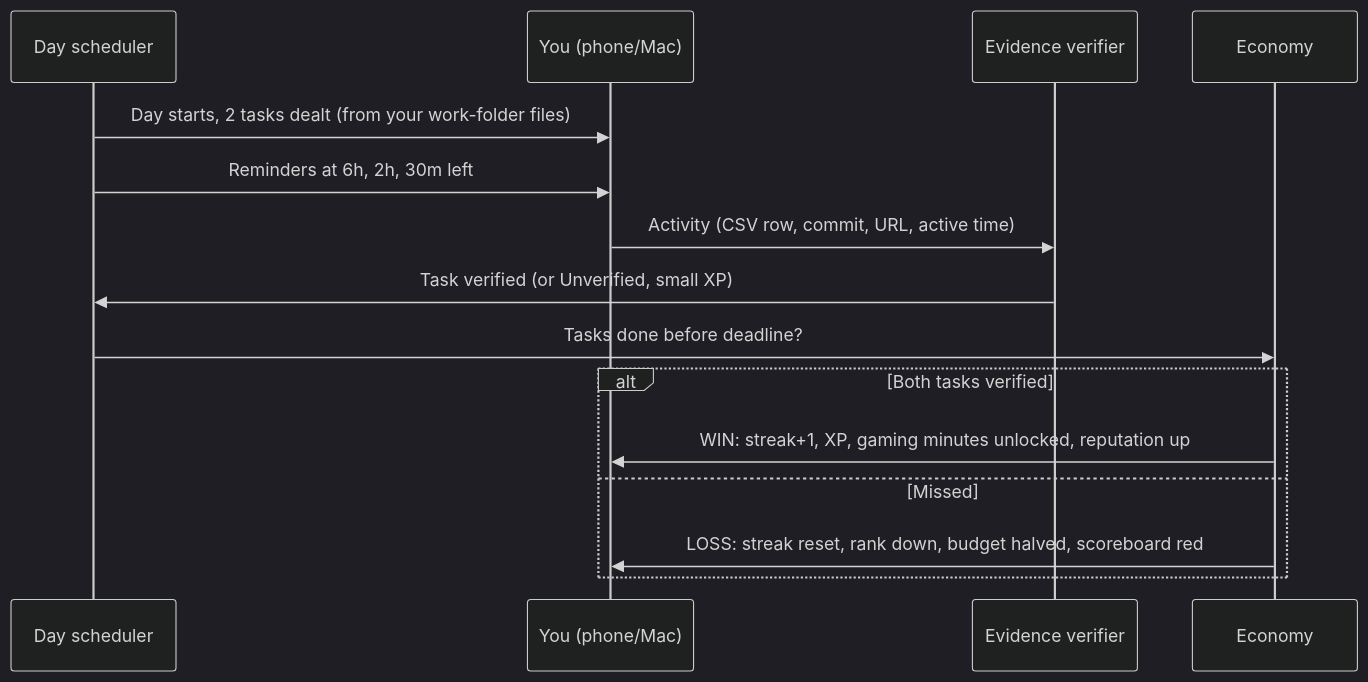
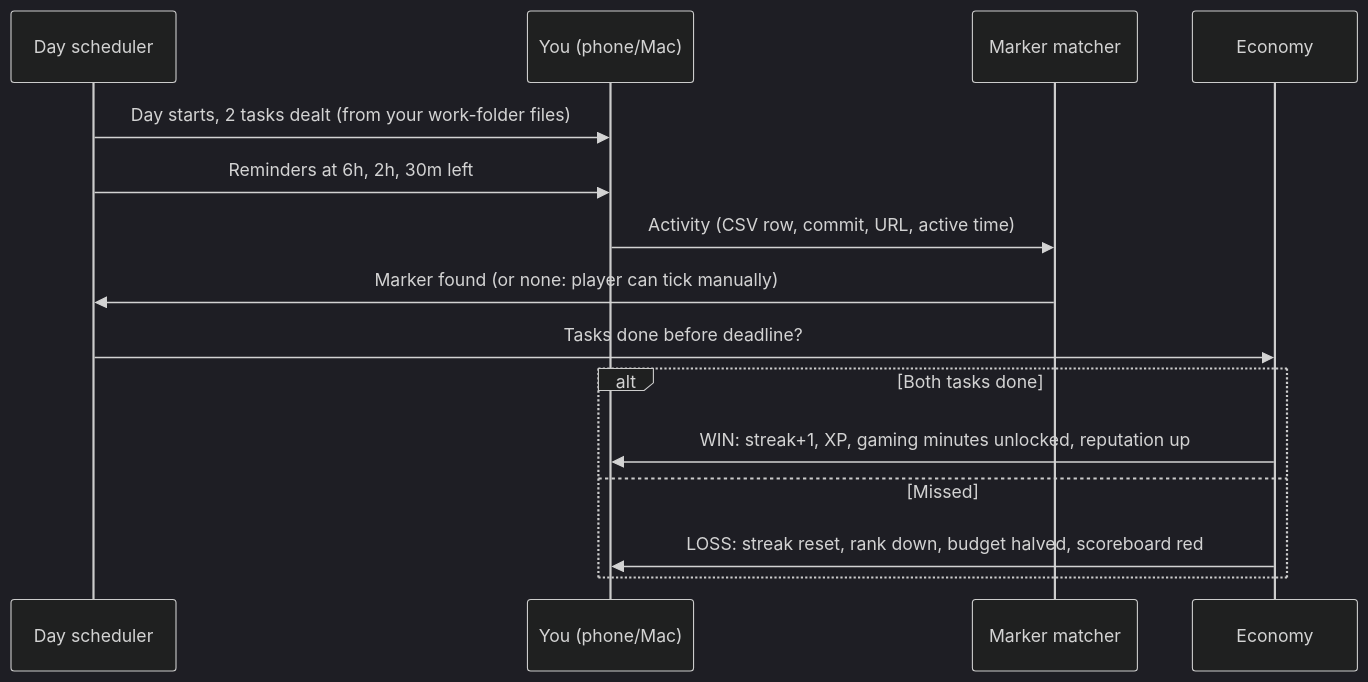
The fifth of 6 diagrams in docs/ARCHITECTURE.md (MSVhora/life-game), drawn with Mermaid (dark theme) before and after one commit. The commit also changed other lines of this file and 11 other files, not shown here.

````diff
--- a/docs/ARCHITECTURE.md
+++ b/docs/ARCHITECTURE.md
@@ -121,17 +121,17 @@
 ```mermaid
 sequenceDiagram
   participant S as Day scheduler
   participant P as You (phone/Mac)
-  participant V as Evidence verifier
+  participant V as Marker matcher
   participant E as Economy
   S->>P: Day starts, 2 tasks dealt (from your work-folder files)
   S->>P: Reminders at 6h, 2h, 30m left
   P->>V: Activity (CSV row, commit, URL, active time)
-  V->>S: Task verified (or Unverified, small XP)
+  V->>S: Marker found (or none: player can tick manually)
   S->>E: Tasks done before deadline?
-  alt Both tasks verified
+  alt Both tasks done
     E->>P: WIN: streak+1, XP, gaming minutes unlocked, reputation up
   else Missed
     E->>P: LOSS: streak reset, rank down, budget halved, scoreboard red
   end
 ```
````
